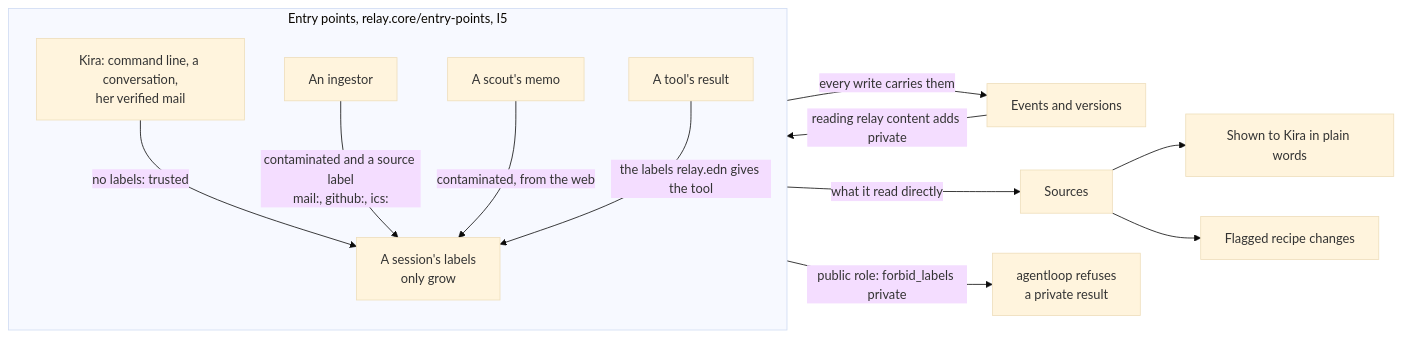
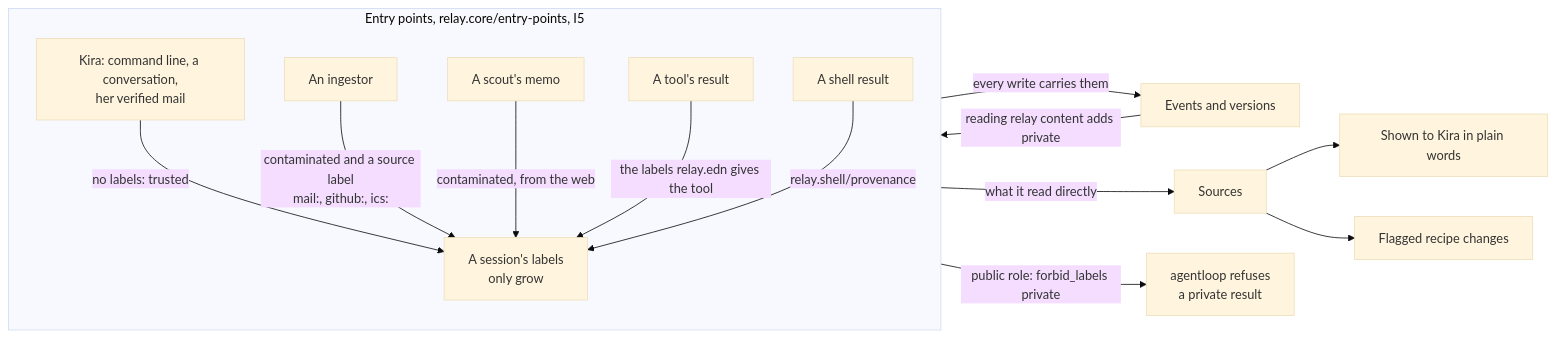
The sixth of 16 diagrams in docs/architecture.md (kirahowe/relay), drawn with Mermaid (base theme) before and after one commit. The commit also changed other lines of this file, not shown here.

First line of the commit message:
Bring the architecture page up to date with main

````diff
--- a/docs/architecture.md
+++ b/docs/architecture.md
@@ -246,16 +308,17 @@
 ```mermaid
 flowchart LR
     subgraph entry["Entry points, relay.core/entry-points, I5"]
         direction TB
         op["Kira: command line, a conversation,<br/>her verified mail"] -->|"no labels: trusted"| sess
         ing["An ingestor"] -->|"contaminated and a source label<br/>mail:, github:, ics:"| sess
         sc["A scout's memo"] -->|"contaminated, from the web"| sess
         tl["A tool's result"] -->|"the labels relay.edn gives the tool"| sess
+        shr["A shell result"] -->|"relay.shell/provenance"| sess
     end
     sess["A session's labels<br/>only grow"] -->|"every write carries them"| ev["Events and versions"]
     ev -->|"reading relay content adds private"| sess
     sess -->|"what it read directly"| src["Sources"]
     src --> shown["Shown to Kira in plain words"]
     src --> flag["Flagged recipe changes"]
     sess -->|"public role: forbid_labels private"| al["agentloop refuses<br/>a private result"]
 ```
````
